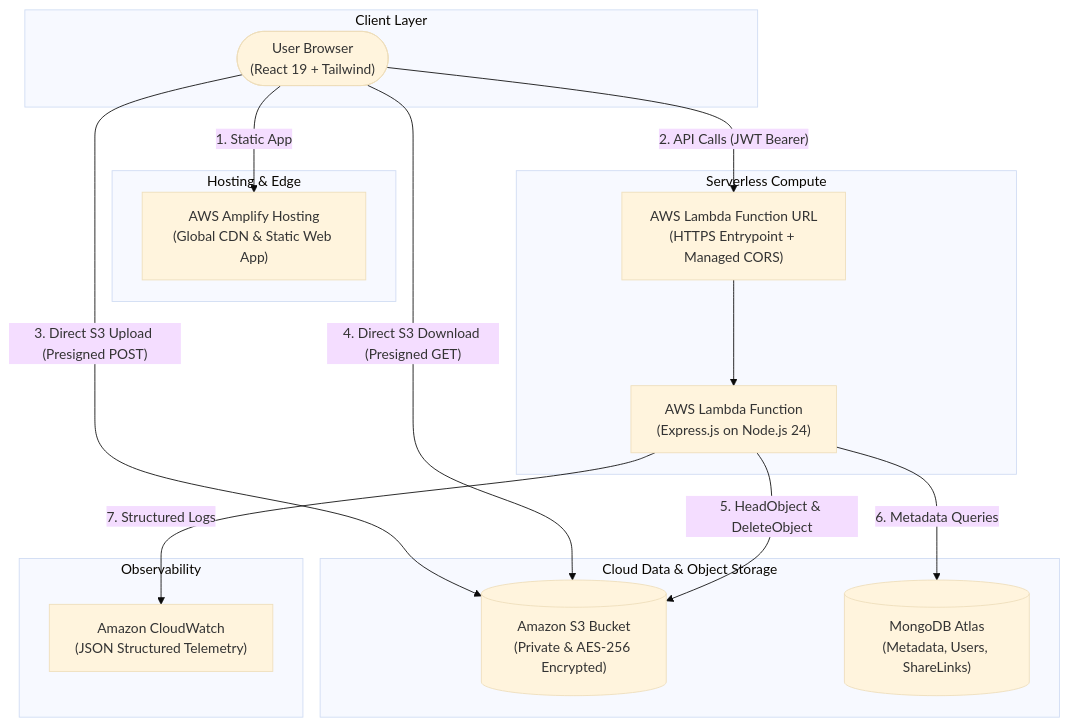
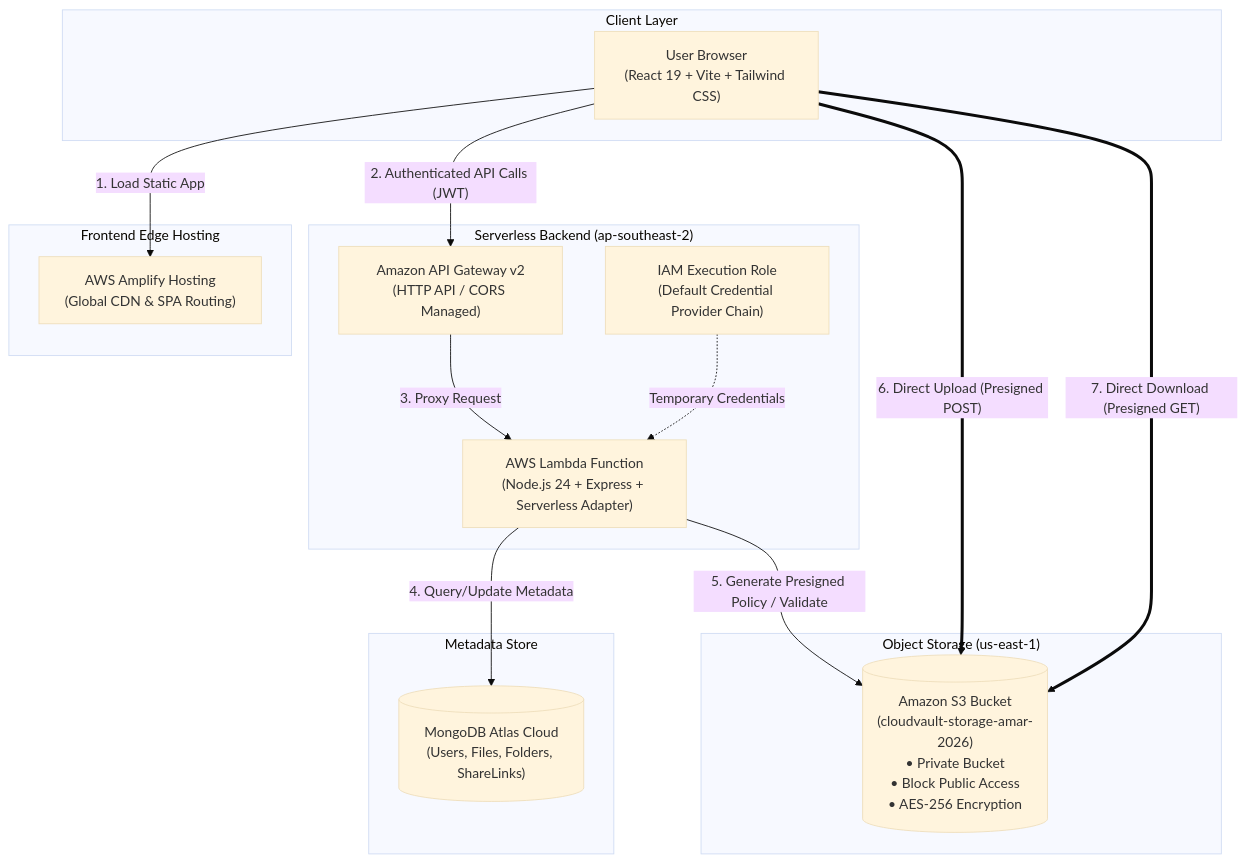
Before and after one commit to Amar3013/CloudVault: the first of 3 diagrams in README.md, drawn with Mermaid (base theme). The commit also changed other lines of this file and 1 other file, not shown here.

````diff
--- a/README.md
+++ b/README.md
@@ -82,33 +45,33 @@
 ```mermaid
 flowchart TB
-    subgraph ClientLayer ["Client Layer"]
-        Browser(["User Browser\n(React 19 + Tailwind)"])
+    subgraph Client ["Client Layer"]
+        UserBrowser["User Browser\n(React 19 + Vite + Tailwind CSS)"]
     end
 
-    subgraph EdgeLayer ["Hosting & Edge"]
-        Amplify["AWS Amplify Hosting\n(Global CDN & Static Web App)"]
+    subgraph CDN ["Frontend Edge Hosting"]
+        Amplify["AWS Amplify Hosting\n(Global CDN & SPA Routing)"]
     end
 
-    subgraph ComputeLayer ["Serverless Compute"]
-        FuncURL["AWS Lambda Function URL\n(HTTPS Entrypoint + Managed CORS)"]
-        Lambda["AWS Lambda Function\n(Express.js on Node.js 24)"]
+    subgraph Compute ["Serverless Backend (ap-southeast-2)"]
+        APIGW["Amazon API Gateway v2\n(HTTP API / CORS Managed)"]
+        Lambda["AWS Lambda Function\n(Node.js 24 + Express + Serverless Adapter)"]
+        IAM["IAM Execution Role\n(Default Credential Provider Chain)"]
+        IAM -.->|"Temporary Credentials"| Lambda
     end
 
-    subgraph StorageLayer ["Cloud Data & Object Storage"]
-        S3[("Amazon S3 Bucket\n(Private & AES-256 Encrypted)")]
-        Atlas[("MongoDB Atlas\n(Metadata, Users, ShareLinks)")]
+    subgraph Database ["Metadata Store"]
+        Atlas[("MongoDB Atlas Cloud\n(Users, Files, Folders, ShareLinks)")]
     end
 
-    subgraph ObservabilityLayer ["Observability"]
-        CloudWatch["Amazon CloudWatch\n(JSON Structured Telemetry)"]
+    subgraph Storage ["Object Storage (us-east-1)"]
+        S3[("Amazon S3 Bucket\n(cloudvault-storage-amar-2026)\n• Private Bucket\n• Block Public Access\n• AES-256 Encryption")]
     end
 
-    Browser -->|"1. Static App"| Amplify
-    Browser -->|"2. API Calls (JWT Bearer)"| FuncURL
-    FuncURL --> Lambda
-    Browser -->|"3. Direct S3 Upload (Presigned POST)"| S3
-    Browser -->|"4. Direct S3 Download (Presigned GET)"| S3
-    Lambda -->|"5. HeadObject & DeleteObject"| S3
-    Lambda -->|"6. Metadata Queries"| Atlas
-    Lambda -->|"7. Structured Logs"| CloudWatch
+    UserBrowser -->|"1. Load Static App"| Amplify
+    UserBrowser -->|"2. Authenticated API Calls (JWT)"| APIGW
+    APIGW -->|"3. Proxy Request"| Lambda
+    Lambda -->|"4. Query/Update Metadata"| Atlas
+    Lambda -->|"5. Generate Presigned Policy / Validate"| S3
+    UserBrowser ==>|"6. Direct Upload (Presigned POST)"| S3
+    UserBrowser ==>|"7. Direct Download (Presigned GET)"| S3
 ```
````
